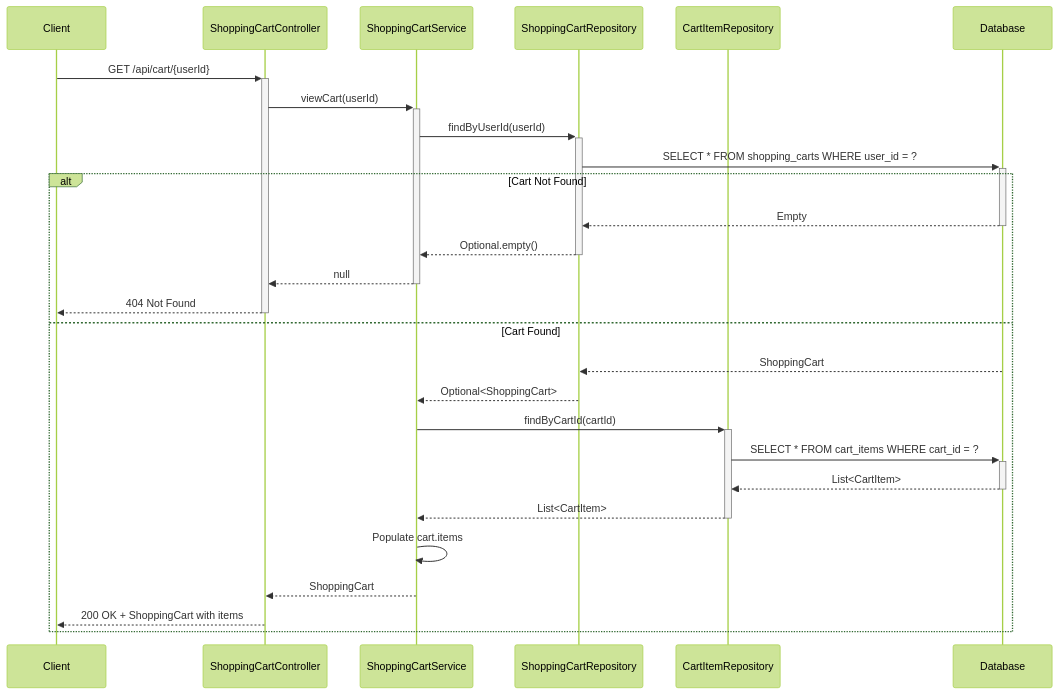
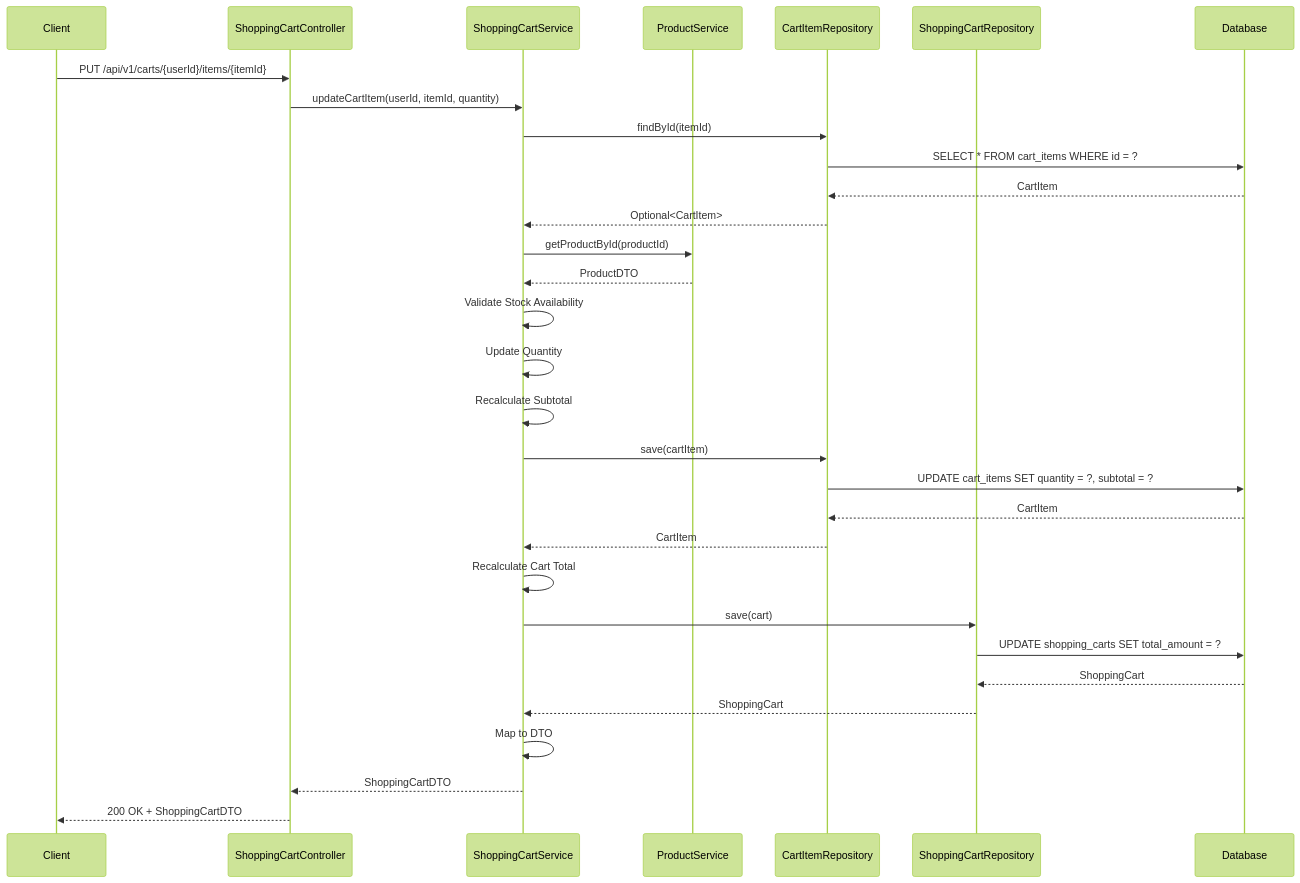
Before and after one commit to NavneetBN47/aava-ecom-demo: diagram 17 of 23 in docs/LLD/modified_lld.md, drawn with Mermaid (forest theme). The commit also changed other lines of this file, not shown here.

````diff
--- a/docs/LLD/modified_lld.md
+++ b/docs/LLD/modified_lld.md
@@ -854,35 +1133,34 @@
 ```mermaid
 sequenceDiagram
     participant Client
-    participant ShoppingCartController
-    participant ShoppingCartService
-    participant ShoppingCartRepository
-    participant CartItemRepository
-    participant Database
+    participant Controller as ShoppingCartController
+    participant CartService as ShoppingCartService
+    participant ProductService as ProductService
+    participant ItemRepo as CartItemRepository
+    participant CartRepo as ShoppingCartRepository
+    participant DB as Database
     
-    Client->>+ShoppingCartController: GET /api/cart/{userId}
-    ShoppingCartController->>+ShoppingCartService: viewCart(userId)
-    
-    ShoppingCartService->>+ShoppingCartRepository: findByUserId(userId)
-    ShoppingCartRepository->>+Database: SELECT * FROM shopping_carts WHERE user_id = ?
-    
-    alt Cart Not Found
-        Database-->>-ShoppingCartRepository: Empty
-        ShoppingCartRepository-->>-ShoppingCartService: Optional.empty()
-        ShoppingCartService-->>-ShoppingCartController: null
-        ShoppingCartController-->>-Client: 404 Not Found
-    else Cart Found
-        Database-->>ShoppingCartRepository: ShoppingCart
-        ShoppingCartRepository-->>ShoppingCartService: Optional<ShoppingCart>
-        
-        %% Load cart items
-        ShoppingCartService->>+CartItemRepository: findByCartId(cartId)
-        CartItemRepository->>+Database: SELECT * FROM cart_items WHERE cart_id = ?
-        Database-->>-CartItemRepository: List<CartItem>
-        CartItemRepository-->>-ShoppingCartService: List<CartItem>
-        
-        ShoppingCartService->>ShoppingCartService: Populate cart.items
-        ShoppingCartService-->>ShoppingCartController: ShoppingCart
-        ShoppingCartController-->>Client: 200 OK + ShoppingCart with items
-    end
+    Client->>Controller: PUT /api/v1/carts/{userId}/items/{itemId}
+    Controller->>CartService: updateCartItem(userId, itemId, quantity)
+    CartService->>ItemRepo: findById(itemId)
+    ItemRepo->>DB: SELECT * FROM cart_items WHERE id = ?
+    DB-->>ItemRepo: CartItem
+    ItemRepo-->>CartService: Optional<CartItem>
+    CartService->>ProductService: getProductById(productId)
+    ProductService-->>CartService: ProductDTO
+    CartService->>CartService: Validate Stock Availability
+    CartService->>CartService: Update Quantity
+    CartService->>CartService: Recalculate Subtotal
+    CartService->>ItemRepo: save(cartItem)
+    ItemRepo->>DB: UPDATE cart_items SET quantity = ?, subtotal = ?
+    DB-->>ItemRepo: CartItem
+    ItemRepo-->>CartService: CartItem
+    CartService->>CartService: Recalculate Cart Total
+    CartService->>CartRepo: save(cart)
+    CartRepo->>DB: UPDATE shopping_carts SET total_amount = ?
+    DB-->>CartRepo: ShoppingCart
+    CartRepo-->>CartService: ShoppingCart
+    CartService->>CartService: Map to DTO
+    CartService-->>Controller: ShoppingCartDTO
+    Controller-->>Client: 200 OK + ShoppingCartDTO
 ```
````
